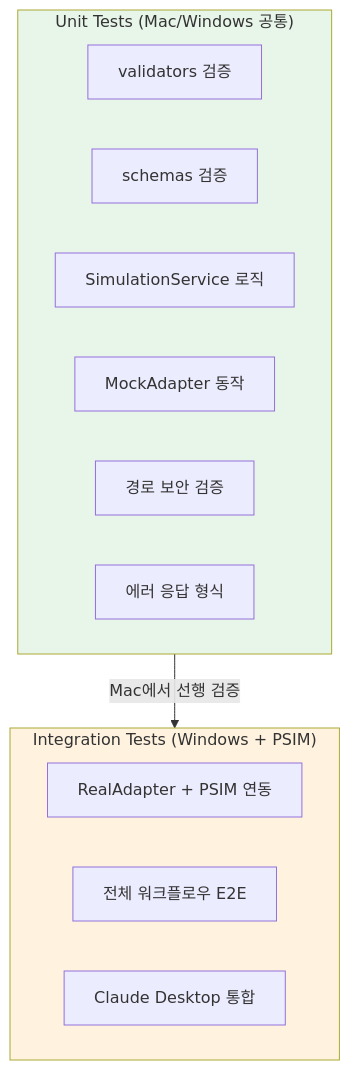
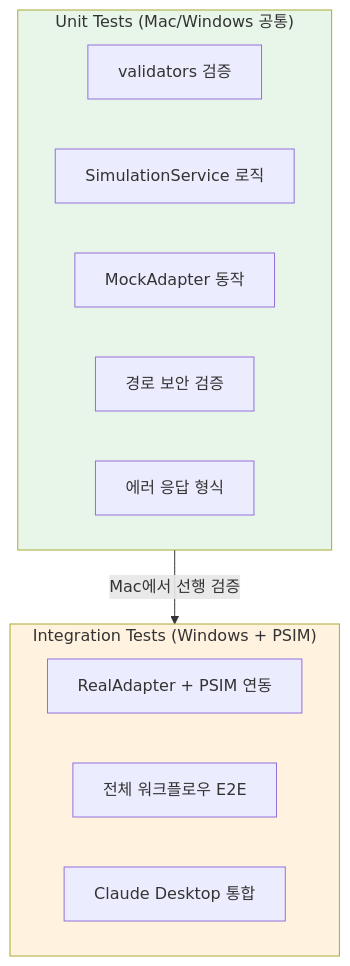
Before and after one commit to zongseung/psim-mcp: the diagram in docs/testing-guide.md, drawn with Mermaid. The commit also changed other lines of this file and 2 other files, not shown here.

````diff
--- a/docs/testing-guide.md
+++ b/docs/testing-guide.md
@@ -13,22 +13,21 @@
 ```mermaid
 flowchart TB
     subgraph UNIT["Unit Tests (Mac/Windows 공통)"]
         U1["validators 검증"]
-        U2["schemas 검증"]
         U3["SimulationService 로직"]
         U4["MockAdapter 동작"]
         U5["경로 보안 검증"]
         U6["에러 응답 형식"]
     end
 
     subgraph INTEG["Integration Tests (Windows + PSIM)"]
         I1["RealAdapter + PSIM 연동"]
         I2["전체 워크플로우 E2E"]
         I3["Claude Desktop 통합"]
     end
 
     UNIT -->|"Mac에서 선행 검증"| INTEG
 
     style UNIT fill:#e8f5e9
     style INTEG fill:#fff3e0
 ```
````
